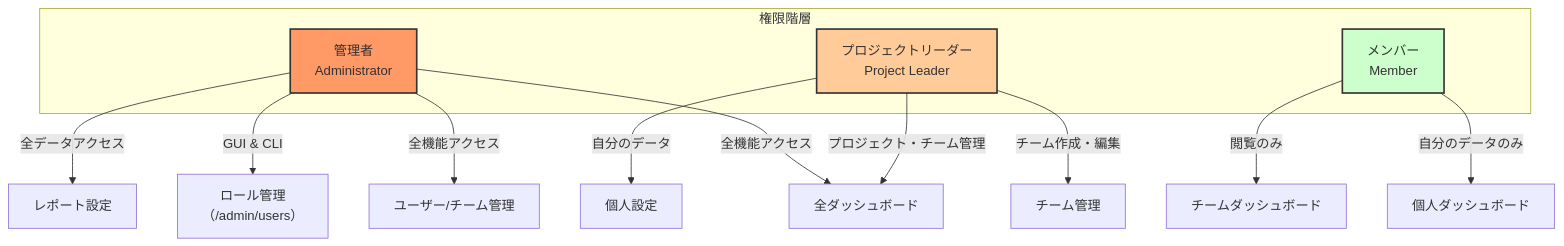
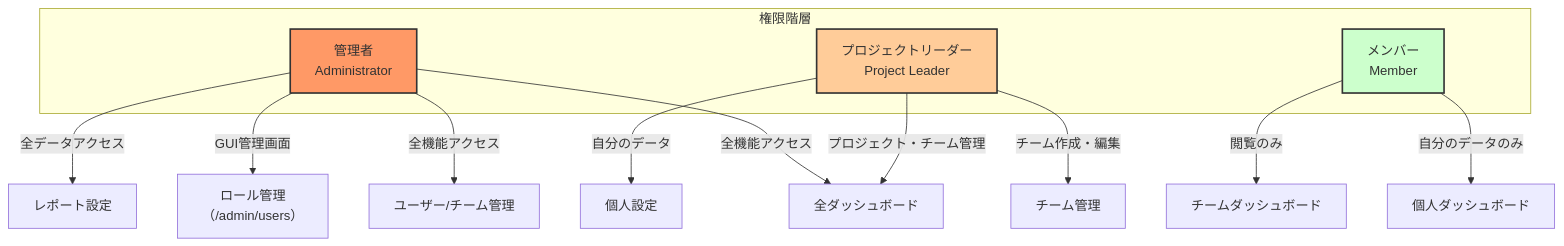
One commit to rasshii/team-insight changed the fifth of 13 diagrams in Doc/mvp.md. Above: the diagram before and after it, drawn with Mermaid. The commit also changed other lines of this file and 1 other file, not shown here.

````diff
--- a/Doc/mvp.md
+++ b/Doc/mvp.md
@@ -323,24 +323,24 @@
 ```mermaid
 graph TD
     subgraph "権限階層"
         A[管理者<br>Administrator]
         B[プロジェクトリーダー<br>Project Leader]
         C[メンバー<br>Member]
     end
 
     A -->|全機能アクセス| E[全ダッシュボード]
     A -->|全機能アクセス| F[ユーザー/チーム管理]
-    A -->|GUI & CLI| G[ロール管理<br>（/admin/users）]
+    A -->|GUI管理画面| G[ロール管理<br>（/admin/users）]
     A -->|全データアクセス| H[レポート設定]
 
     B -->|プロジェクト・チーム管理| E
     B -->|チーム作成・編集| I[チーム管理]
     B -->|自分のデータ| J[個人設定]
 
     C -->|自分のデータのみ| K[個人ダッシュボード]
     C -->|閲覧のみ| L[チームダッシュボード]
 
     style A fill:#f96,stroke:#333,stroke-width:2px
     style B fill:#fc9,stroke:#333,stroke-width:2px
     style C fill:#cfc,stroke:#333,stroke-width:2px
 ```
````
